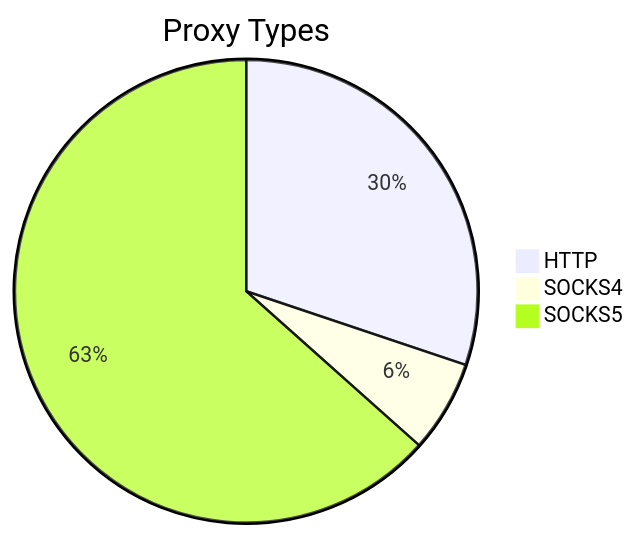
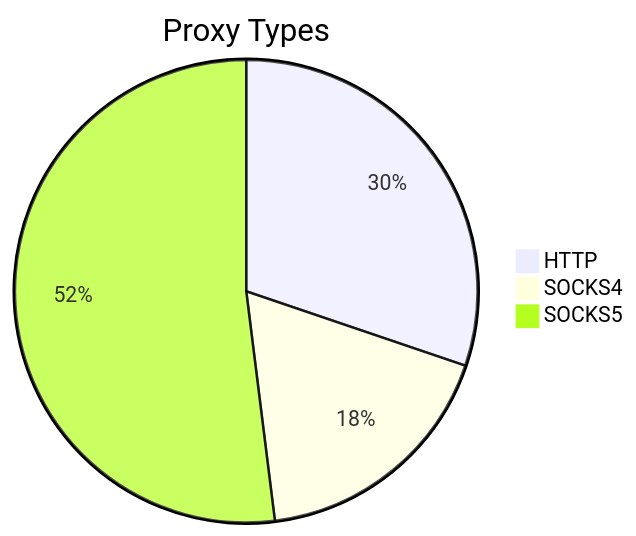
Before and after one commit to stormsia/proxy-list: the first of 2 diagrams in README.md, drawn with Mermaid. The commit also changed other lines of this file, not shown here.

````diff
--- a/README.md
+++ b/README.md
@@ -21,6 +21,6 @@
 ```mermaid
 pie title Proxy Types
-    "HTTP" : 136
-    "SOCKS4" : 29
-    "SOCKS5" : 286
+    "HTTP" : 229
+    "SOCKS4" : 135
+    "SOCKS5" : 394
 ```
````
